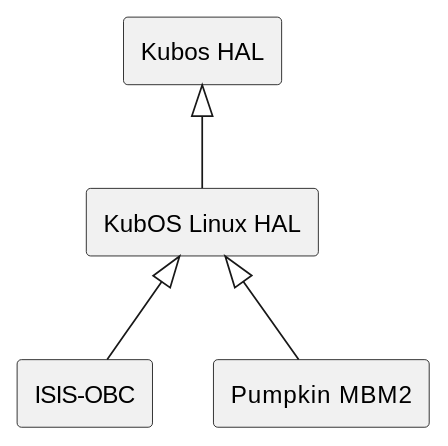
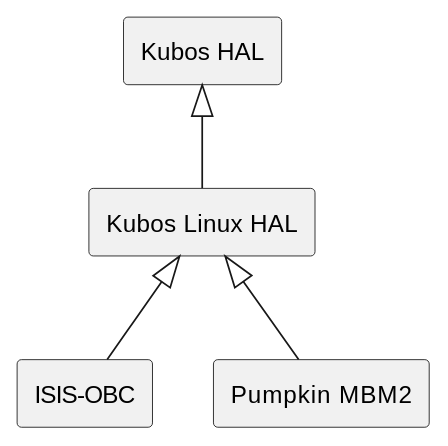
One commit to kubos/kubos changed the diagram in docs/apis/kubos-hal/index.rst. Above: the diagram before and after it, drawn with PlantUML. The commit also changed other lines of this file and 65 other files, not shown here.

Commit message:
KubOS Linux -> Kubos Linux

```diff
--- a/docs/apis/kubos-hal/index.rst
+++ b/docs/apis/kubos-hal/index.rst
@@ -15,11 +15,11 @@
 .. uml::
 
    @startuml
    rectangle "Kubos HAL" as kubos
-   rectangle "KubOS Linux HAL" as linux
+   rectangle "Kubos Linux HAL" as linux
    rectangle "ISIS-OBC" as iobc
    rectangle "Pumpkin MBM2" as mbm2
    kubos <|-- linux
    linux <|-- iobc
    linux <|-- mbm2
    @enduml
```
